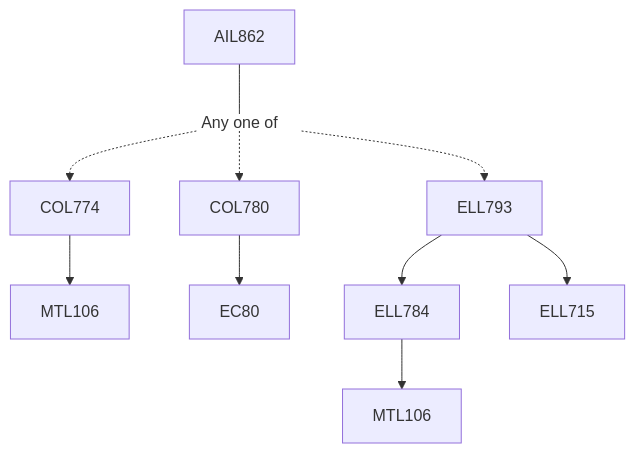
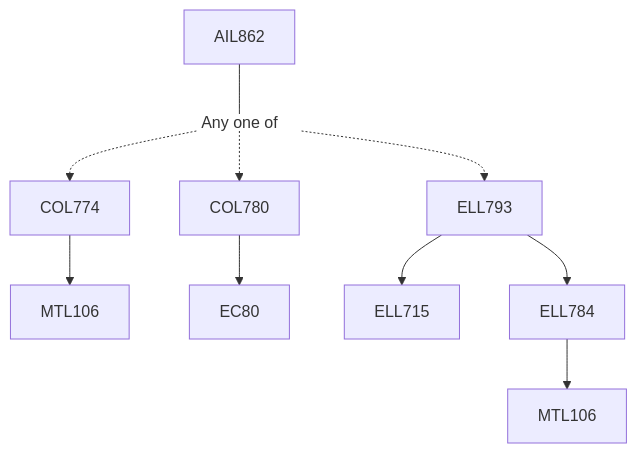
Before and after one commit to KeshavBansal0122/CoS_Website: the diagram in content/School of Artificial Intelligence/AIL862.md, drawn with Mermaid. The commit also changed other lines of this file and 392 other files, not shown here.

````diff
--- a/content/School of Artificial Intelligence/AIL862.md
+++ b/content/School of Artificial Intelligence/AIL862.md
@@ -13,16 +13,16 @@
 ```mermaid
 flowchart TD
 AIL862-1262[AIL862]
 AIL862-1262 --- Or1263[Any one of]:::empty
+COL774-1264 --> MTL106-1264[MTL106]
 Or1263 -.-> COL774-1264[COL774]
-COL774-1264 --> MTL106-1264[MTL106]
+Or1263 -.-> COL780-1265[COL780]
 COL780-1265 --> EC80-1265[EC80]
-Or1263 -.-> COL780-1265[COL780]
-ELL784-1266 --> MTL106-1266[MTL106]
+ELL793-1266 --> ELL715-1266[ELL715]
 Or1263 -.-> ELL793-1266[ELL793]
 ELL793-1266 --> ELL784-1266[ELL784]
-ELL793-1266 --> ELL715-1266[ELL715]
+ELL784-1266 --> MTL106-1266[MTL106]
 
 classDef empty height:17px, fill:transparent, stroke:transparent;
 classDef trueEmpty height:0px, width:0px;
 ```
````
